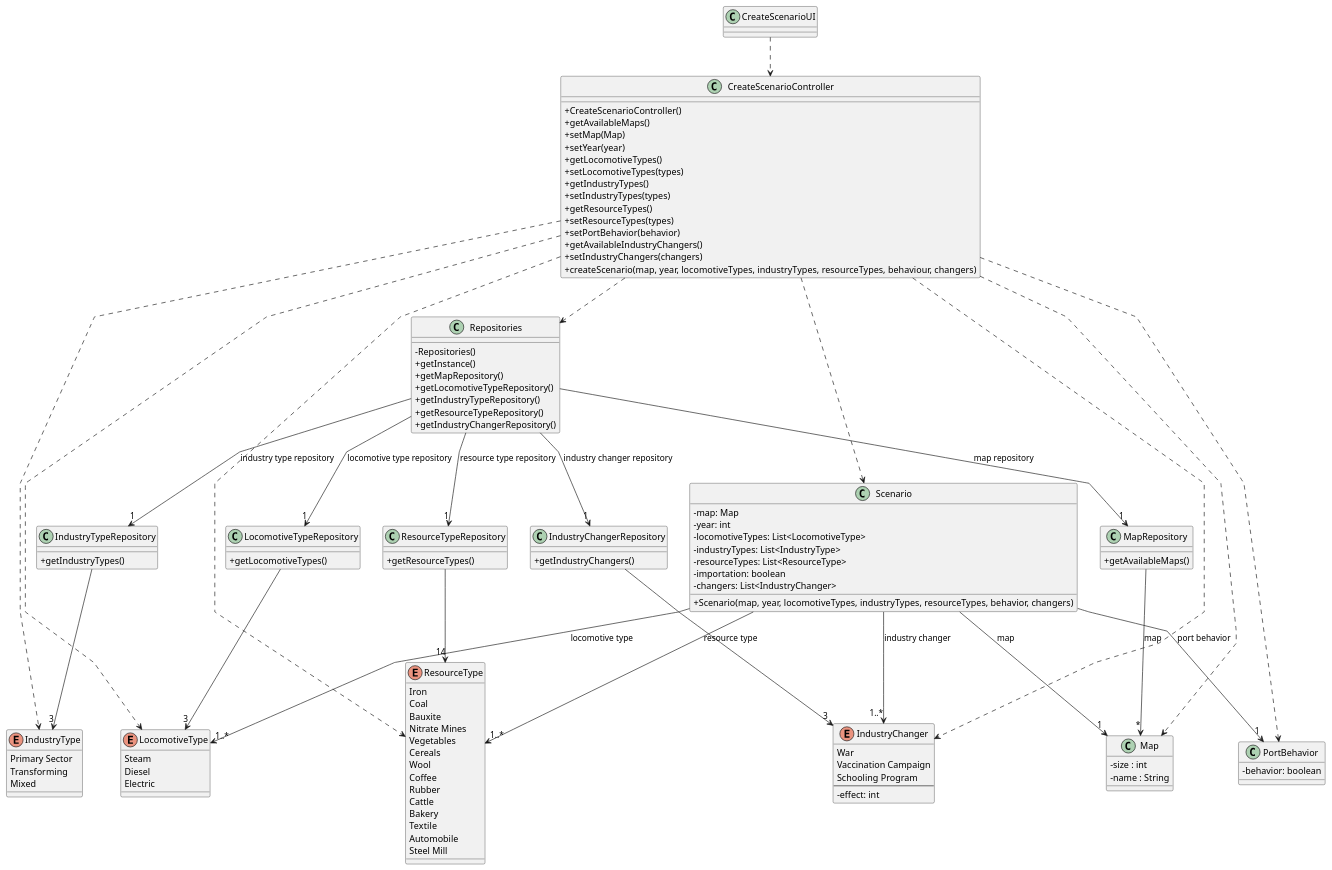
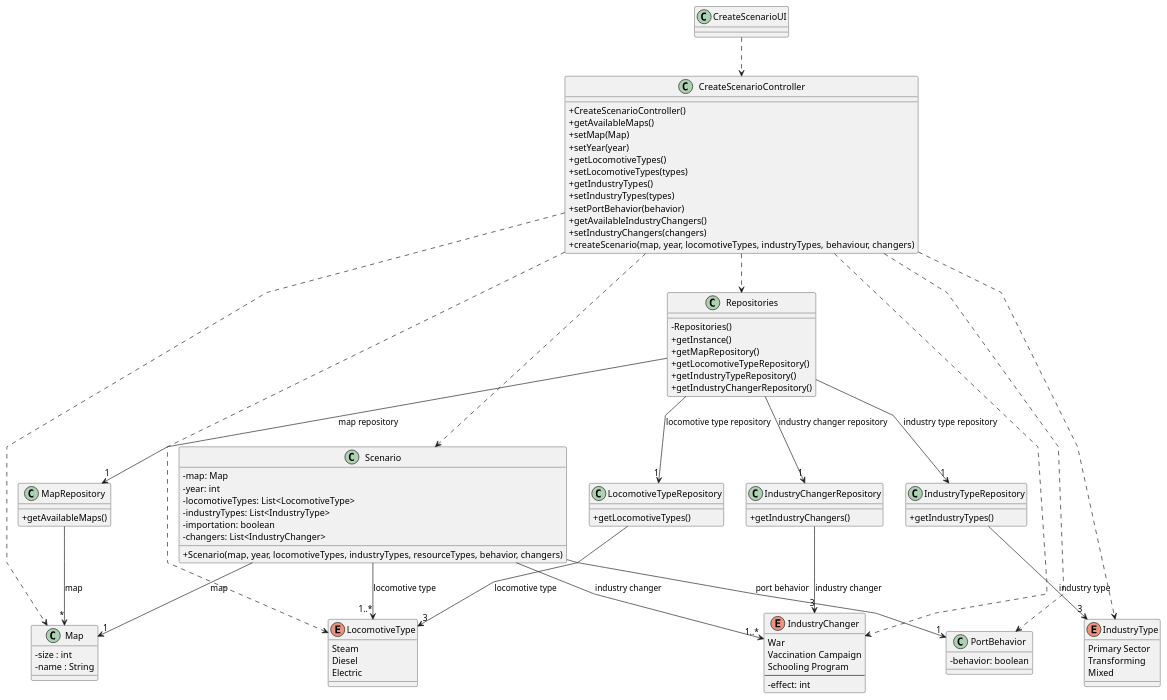
One commit to 1240935/pi2-railway-simulator changed the diagram in Sprint2/US004/03.design/puml/US004-CD.puml. Above: the diagram before and after it, drawn with PlantUML. The commit also changed 7 other files, not shown here.

```diff
--- a/Sprint2/US004/03.design/puml/US004-CD.puml
+++ b/Sprint2/US004/03.design/puml/US004-CD.puml
@@ -1,148 +1,121 @@
     @startuml
     'skinparam monochrome true
     skinparam packageStyle rectangle
     skinparam shadowing false
     skinparam linetype polyline
     'skinparam linetype orto
 
     skinparam classAttributeIconSize 0
 
     'left to right direction
 
     class CreateScenarioUI{
     }
 
     class CreateScenarioController {
         +CreateScenarioController()
         +getAvailableMaps()
         +setMap(Map)
         +setYear(year)
         +getLocomotiveTypes()
         +setLocomotiveTypes(types)
         +getIndustryTypes()
         +setIndustryTypes(types)
-        +getResourceTypes()
-        +setResourceTypes(types)
         +setPortBehavior(behavior)
         +getAvailableIndustryChangers()
         +setIndustryChangers(changers)
-        +createScenario(map, year, locomotiveTypes, industryTypes, resourceTypes, behaviour, changers)
+        +createScenario(map, year, locomotiveTypes, industryTypes, behaviour, changers)
 
     }
 
     class Repositories {
             -Repositories()
             +getInstance()
             +getMapRepository()
             +getLocomotiveTypeRepository()
             +getIndustryTypeRepository()
-            +getResourceTypeRepository()
             +getIndustryChangerRepository()
     }
 
     class MapRepository {
             +getAvailableMaps()
         }
 
     class LocomotiveTypeRepository {
           +getLocomotiveTypes()
     }
 
     class IndustryTypeRepository {
           +getIndustryTypes()
     }
 
-    class ResourceTypeRepository {
-          +getResourceTypes()
-    }
-
     class IndustryChangerRepository {
           +getIndustryChangers()
     }
 
      class Scenario {
        -map: Map
        -year: int
        -locomotiveTypes: List<LocomotiveType>
        -industryTypes: List<IndustryType>
-       -resourceTypes: List<ResourceType>
        -importation: boolean
        -changers: List<IndustryChanger>
        +Scenario(map, year, locomotiveTypes, industryTypes, resourceTypes, behavior, changers)
      }
 
         class Map{
         - size : int
         - name : String
         }
 
         enum LocomotiveType{
             Steam
             Diesel
             Electric
         }
         enum IndustryType{
             Primary Sector
             Transforming
             Mixed
         }
-        enum ResourceType{
-            Iron
-            Coal
-            Bauxite
-            Nitrate Mines
-            Vegetables
-            Cereals
-            Wool
-            Coffee
-            Rubber
-            Cattle
-            Bakery
-            Textile
-            Automobile
-            Steel Mill
-        }
+     
         enum IndustryChanger{
             War
             Vaccination Campaign
             Schooling Program
             --
             -effect: int
         }
         class PortBehavior{
             - behavior: boolean
         }
 
 
     CreateScenarioUI ..> CreateScenarioController
 
     CreateScenarioController ..> Scenario
     CreateScenarioController ..> Repositories
 
     Repositories --> "1" MapRepository: map repository
     Repositories --> "1" LocomotiveTypeRepository : locomotive type repository
     Repositories --> "1" IndustryTypeRepository : industry type repository
-    Repositories --> "1" ResourceTypeRepository : resource type repository
     Repositories --> "1" IndustryChangerRepository : industry changer repository
 
     MapRepository --> "*" Map : map
-    LocomotiveTypeRepository --> "3" LocomotiveType
-    IndustryTypeRepository --> "3" IndustryType
-    ResourceTypeRepository --> "14" ResourceType
-    IndustryChangerRepository --> "3" IndustryChanger
+    LocomotiveTypeRepository --> "3" LocomotiveType : locomotive type
+    IndustryTypeRepository --> "3" IndustryType : industry type
+    IndustryChangerRepository --> "3" IndustryChanger : industry changer
 
     Scenario --> "1" Map : map
     Scenario --> "1..*" LocomotiveType: locomotive type
-    Scenario --> "1..*" ResourceType : resource type
     Scenario --> "1..*" IndustryChanger : industry changer
     Scenario --> "1" PortBehavior: port behavior
 
     CreateScenarioController ..> Map
     CreateScenarioController ..> LocomotiveType
     CreateScenarioController ..> IndustryType
-    CreateScenarioController ..> ResourceType
     CreateScenarioController ..> IndustryChanger
     CreateScenarioController ..> PortBehavior
 
 
     @enduml
```
